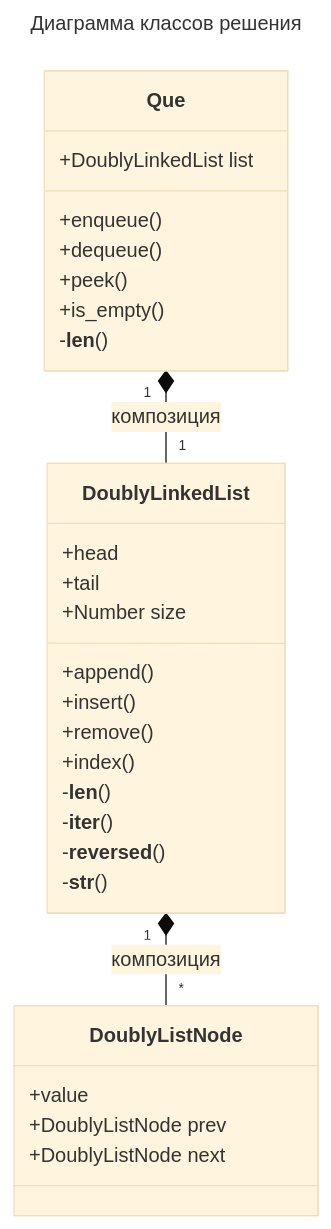
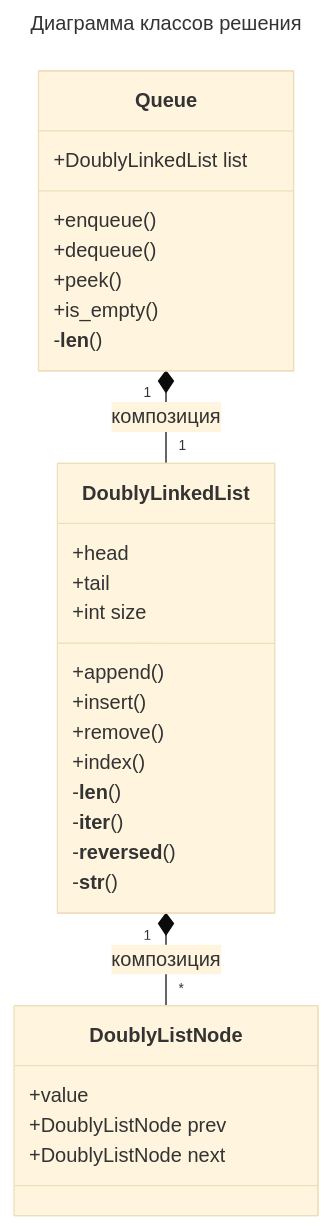
The diagram in class-diagram.md (hse-algo-ps-25-2/code-tasks), drawn with Mermaid (base theme) before and after one commit.

````diff
--- a/class-diagram.md
+++ b/class-diagram.md
@@ -2,37 +2,37 @@
 ```mermaid
 ---
 title: Диаграмма классов решения
 ---
 classDiagram
 	DoublyLinkedList "1" *-- "*" DoublyListNode : композиция
-    Que "1" *-- "1" DoublyLinkedList : композиция
+    Queue "1" *-- "1" DoublyLinkedList : композиция
     
     class DoublyLinkedList{
 	    +head
 	    +tail
-	    +Number size
+	    +int size
 	    +append()
 	    +insert()
 	    +remove()
 	    +index()
 	    -__len__()
 	    -__iter__()
 	    -__reversed__()
 	    -__str__()
     }
     
     class DoublyListNode{
         +value
         +DoublyListNode prev
         +DoublyListNode next
     }
-    class Que{
+    class Queue{
        +DoublyLinkedList list
        +enqueue()
        +dequeue()
        +peek()
        +is_empty()
        -__len__()
     } 
 
 ```
````
